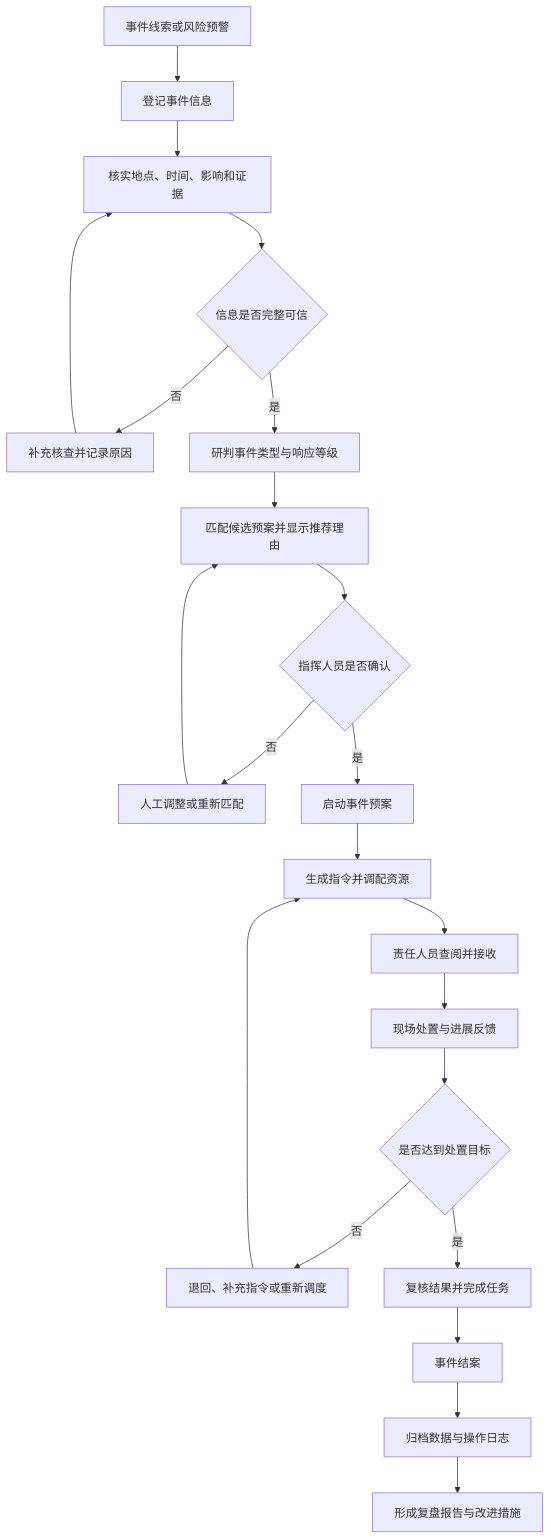
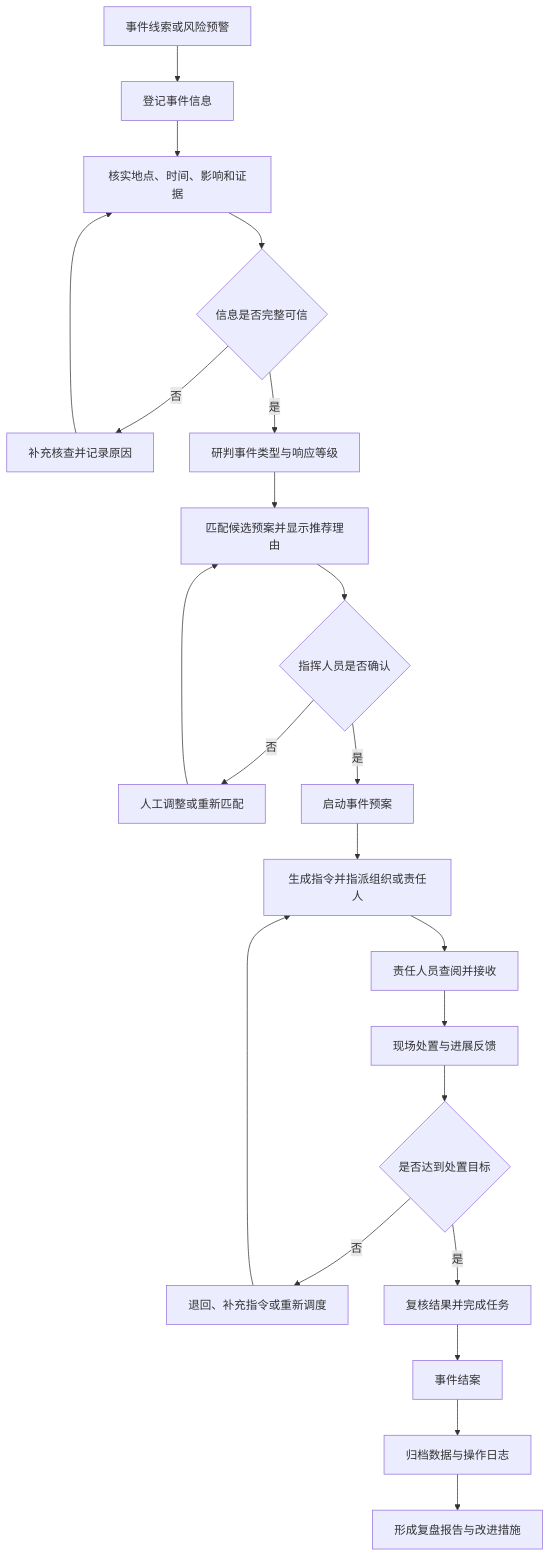
Before and after one commit to Robot-TZ/xihu-emergency-management-platform: the first of 2 diagrams in docs/SOP.md, drawn with Mermaid. The commit also changed other lines of this file and 12 other files, not shown here.

````diff
--- a/docs/SOP.md
+++ b/docs/SOP.md
@@ -5,24 +5,24 @@
 ```mermaid
 flowchart TD
     A[事件线索或风险预警] --> B[登记事件信息]
     B --> C[核实地点、时间、影响和证据]
     C --> D{信息是否完整可信}
     D -- 否 --> E[补充核查并记录原因]
     E --> C
     D -- 是 --> F[研判事件类型与响应等级]
     F --> G[匹配候选预案并显示推荐理由]
     G --> P{指挥人员是否确认}
     P -- 否 --> Q[人工调整或重新匹配]
     Q --> G
     P -- 是 --> R[启动事件预案]
-    R --> H[生成指令并调配资源]
+    R --> H[生成指令并指派组织或责任人]
     H --> I[责任人员查阅并接收]
     I --> J[现场处置与进展反馈]
     J --> K{是否达到处置目标}
     K -- 否 --> L[退回、补充指令或重新调度]
     L --> H
     K -- 是 --> M[复核结果并完成任务]
     M --> N[事件结案]
     N --> O[归档数据与操作日志]
     O --> S[形成复盘报告与改进措施]
 ```
````
